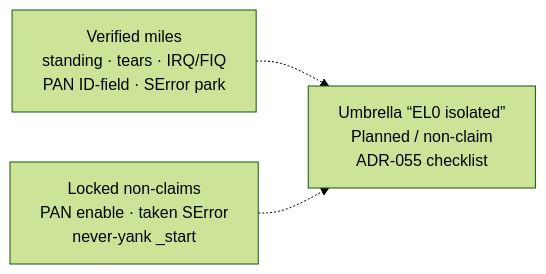
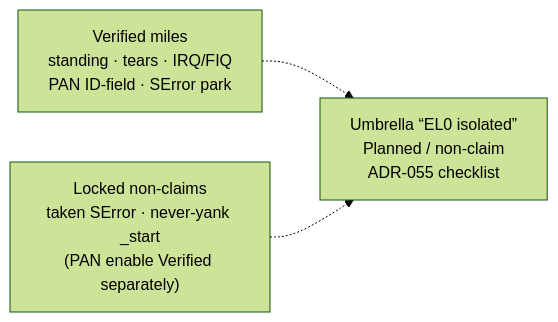
The second of 2 diagrams in docs/framework/el0.md (artofdream/ctos), drawn with Mermaid (forest theme) before and after one commit. The commit also changed other lines of this file and 17 other files, not shown here.

First line of the commit message:
docs: ADR-081 taken SError reopen — still blocked on virt TCG

````diff
--- a/docs/framework/el0.md
+++ b/docs/framework/el0.md
@@ -18,8 +18,8 @@
 ```mermaid
 flowchart LR
   M["Verified miles<br/>standing · tears · IRQ/FIQ<br/>PAN ID-field · SError park"]
-  L["Locked non-claims<br/>PAN enable · taken SError<br/>never-yank _start"]
+  L["Locked non-claims<br/>taken SError · never-yank _start<br/>(PAN enable Verified separately)"]
   U["Umbrella “EL0 isolated”<br/>Planned / non-claim<br/>ADR-055 checklist"]
   M -.-> U
   L -.-> U
 ```
````
